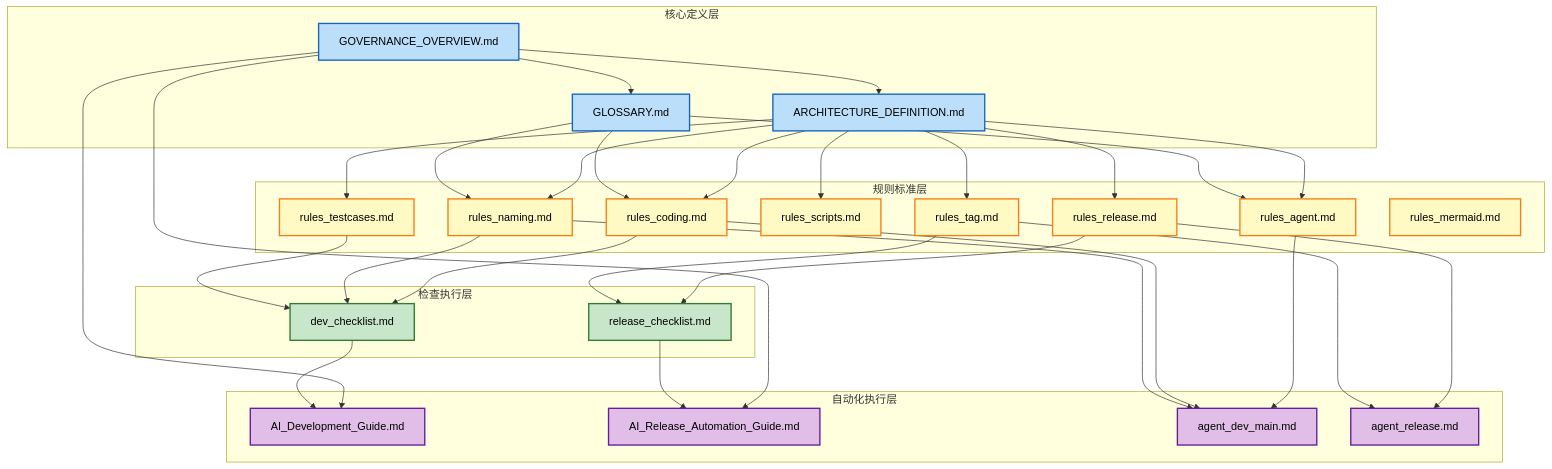
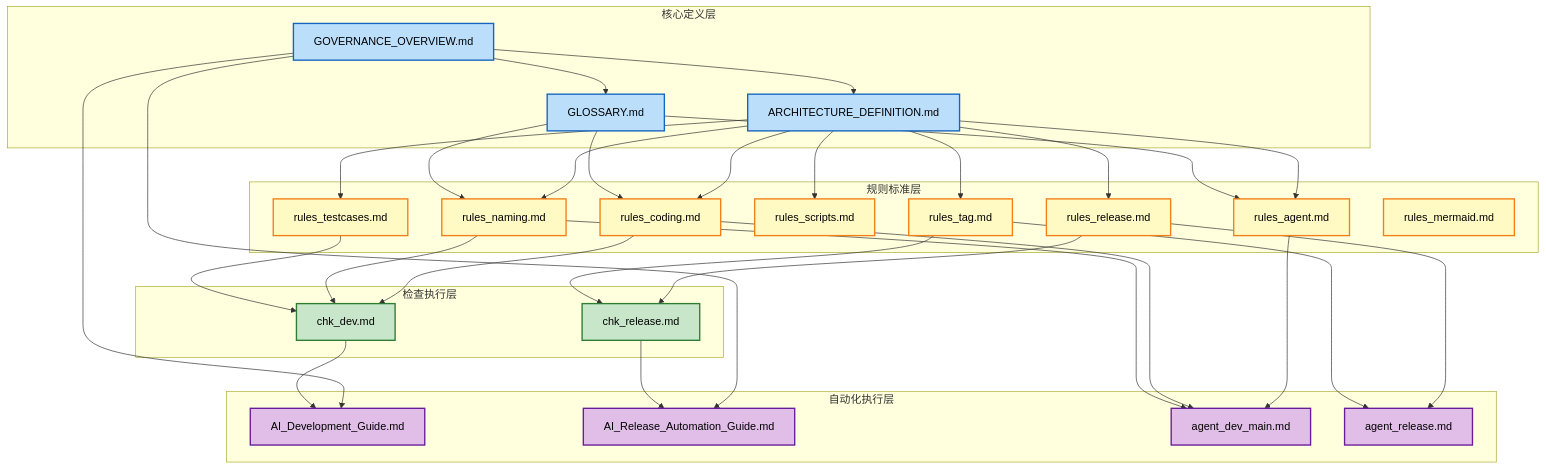
The diagram in Governance/DOCUMENT_DEPENDENCY.mmd (lukagithub/archpilot_core), drawn with Mermaid before and after one commit. The commit also changed 27 other files, not shown here.

```diff
--- a/Governance/DOCUMENT_DEPENDENCY.mmd
+++ b/Governance/DOCUMENT_DEPENDENCY.mmd
@@ -1,85 +1,85 @@
 %% AI 变更保护声明
 %% 本文件受 AI 变更保护，修改需人工确认
 
 %% ========================================
 %% 文档依赖关系图
 %% 说明：展示 Governance 目录下文档的依赖关系
 %% ========================================
 
 graph TD
     subgraph 核心定义层
         A[GOVERNANCE_OVERVIEW.md]
         B[ARCHITECTURE_DEFINITION.md]
         C[GLOSSARY.md]
     end
 
     subgraph 规则标准层
         D[rules_agent.md]
         E[rules_coding.md]
         F[rules_naming.md]
         G[rules_scripts.md]
         H[rules_release.md]
         I[rules_tag.md]
         J[rules_testcases.md]
         K[rules_mermaid.md]
     end
 
     subgraph 检查执行层
-        L[dev_checklist.md]
-        M[release_checklist.md]
+        L[chk_dev.md]
+        M[chk_release.md]
     end
 
     subgraph 自动化执行层
         N[AI_Development_Guide.md]
         O[AI_Release_Automation_Guide.md]
         P[agent_dev_main.md]
         Q[agent_release.md]
     end
 
     %% 核心定义层依赖
     A --> B
     A --> C
 
     %% 规则层依赖核心层
     B --> D
     B --> E
     B --> F
     B --> G
     B --> H
     B --> I
     B --> J
     C --> D
     C --> E
     C --> F
 
     %% Mermaid 规则独立
     K
 
     %% 检查层依赖规则层
     E --> L
     F --> L
     J --> L
     H --> M
     I --> M
 
     %% 自动化层依赖
     A --> N
     A --> O
     D --> P
     E --> P
     F --> P
     H --> Q
     I --> Q
     L --> N
     M --> O
 
     %% 样式定义
     classDef coreStyle fill:#bbdefb,stroke:#1565c0,stroke-width:2px,color:#000
     classDef ruleStyle fill:#fff9c4,stroke:#f57f17,stroke-width:2px,color:#000
     classDef checkStyle fill:#c8e6c9,stroke:#2e7d32,stroke-width:2px,color:#000
     classDef autoStyle fill:#e1bee7,stroke:#6a1b9a,stroke-width:2px,color:#000
 
     class A,B,C coreStyle
     class D,E,F,G,H,I,J,K ruleStyle
     class L,M checkStyle
     class N,O,P,Q autoStyle
```
